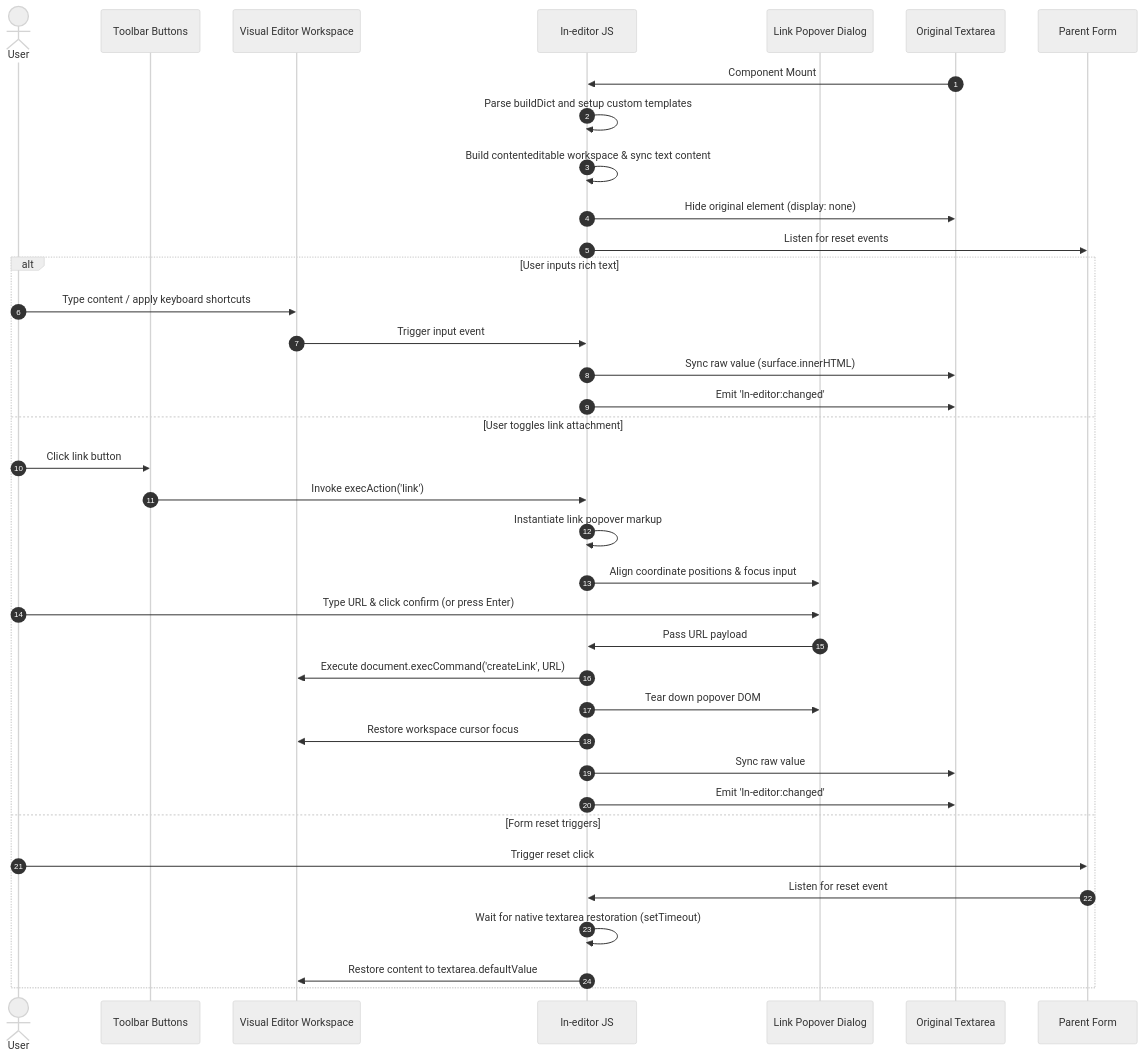
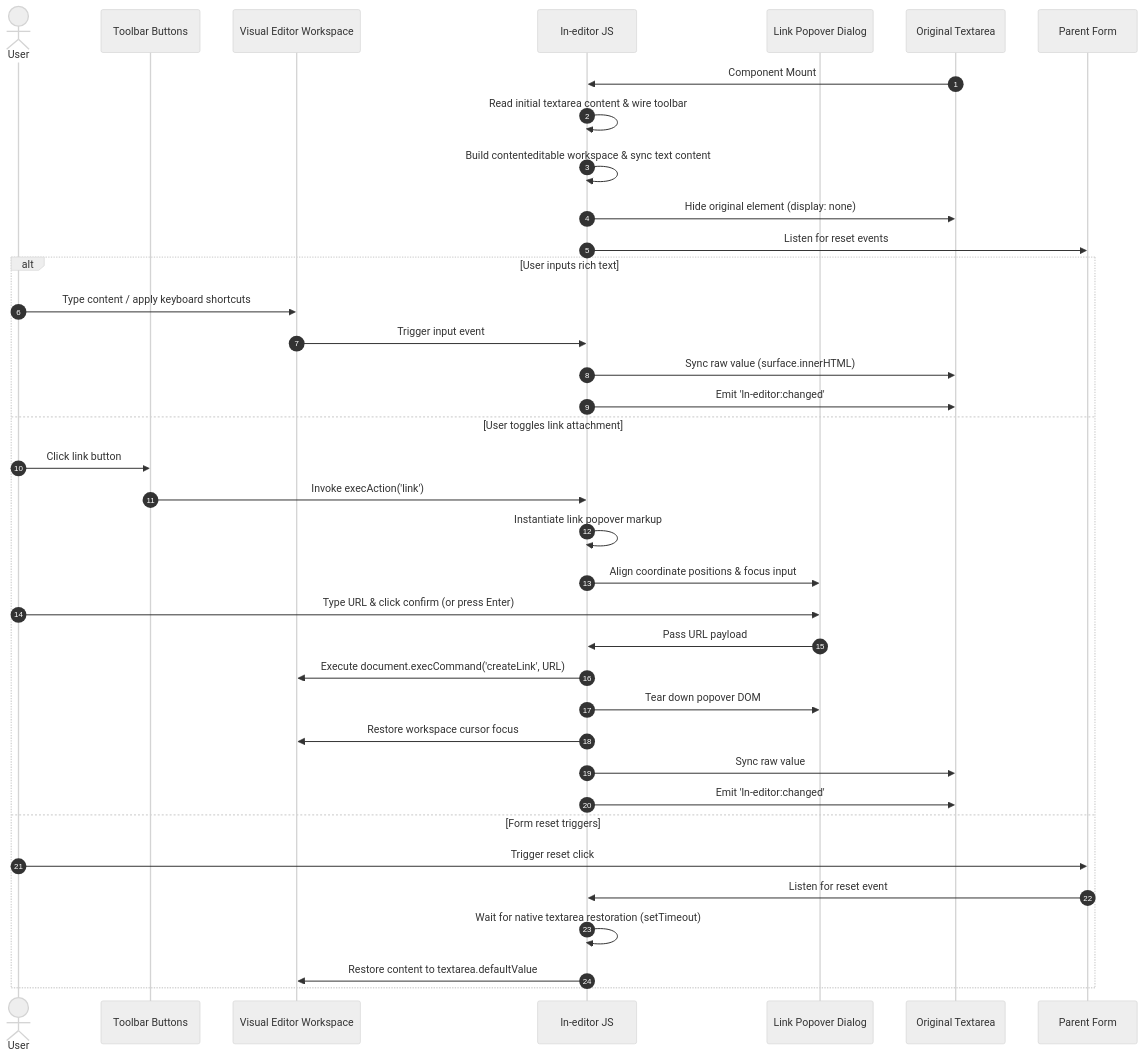
One commit to livenetworks/ln-ashlar changed the diagram in docs-mcp/components/ln-editor.md. Above: the diagram before and after it, drawn with Mermaid (neutral theme). The commit also changed other lines of this file and 14 other files, not shown here.

Commit message:
refactor(ln-editor, ln-dropdown): sync textarea input, fix link popover dismiss lifecycle and update docs

````diff
--- a/docs-mcp/components/ln-editor.md
+++ b/docs-mcp/components/ln-editor.md
@@ -211,41 +157,41 @@
 ```mermaid
 sequenceDiagram
     autonumber
     actor User as User
     participant Toolbar as Toolbar Buttons
     participant Surface as Visual Editor Workspace
     participant Editor as ln-editor JS
     participant Popover as Link Popover Dialog
     participant Textarea as Original Textarea
     participant Form as Parent Form
 
     Textarea->>Editor: Component Mount
-    Editor->>Editor: Parse buildDict and setup custom templates
+    Editor->>Editor: Read initial textarea content & wire toolbar
     Editor->>Editor: Build contenteditable workspace & sync text content
     Editor->>Textarea: Hide original element (display: none)
     Editor->>Form: Listen for reset events
 
     alt User inputs rich text
         User->>Surface: Type content / apply keyboard shortcuts
         Surface->>Editor: Trigger input event
         Editor->>Textarea: Sync raw value (surface.innerHTML)
         Editor->>Textarea: Emit 'ln-editor:changed'
     else User toggles link attachment
         User->>Toolbar: Click link button
         Toolbar->>Editor: Invoke execAction('link')
         Editor->>Editor: Instantiate link popover markup
         Editor->>Popover: Align coordinate positions & focus input
         User->>Popover: Type URL & click confirm (or press Enter)
         Popover->>Editor: Pass URL payload
         Editor->>Surface: Execute document.execCommand('createLink', URL)
         Editor->>Popover: Tear down popover DOM
         Editor->>Surface: Restore workspace cursor focus
         Editor->>Textarea: Sync raw value
         Editor->>Textarea: Emit 'ln-editor:changed'
     else Form reset triggers
         User->>Form: Trigger reset click
         Form->>Editor: Listen for reset event
         Editor->>Editor: Wait for native textarea restoration (setTimeout)
         Editor->>Surface: Restore content to textarea.defaultValue
     end
 ```
````
